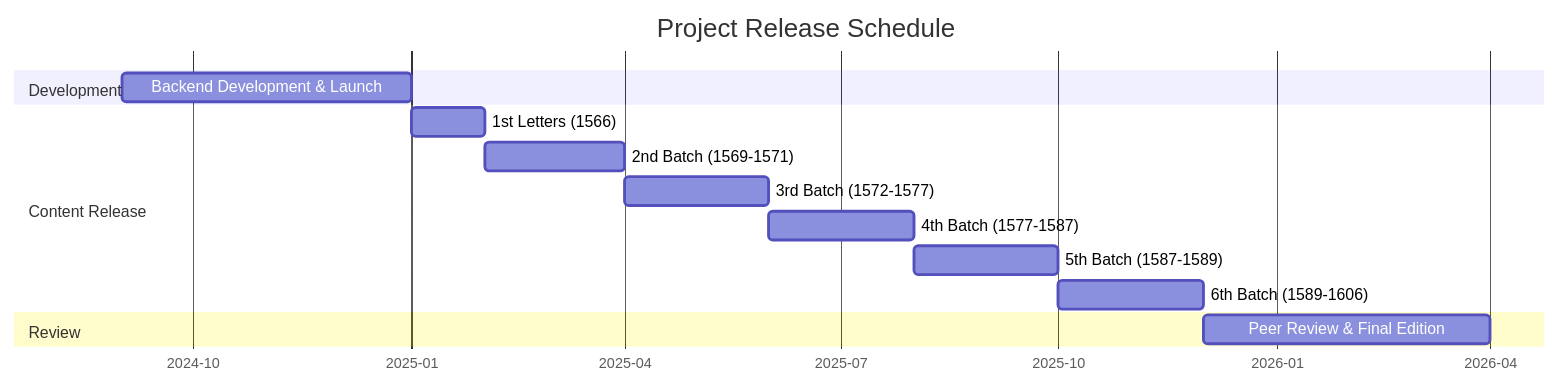
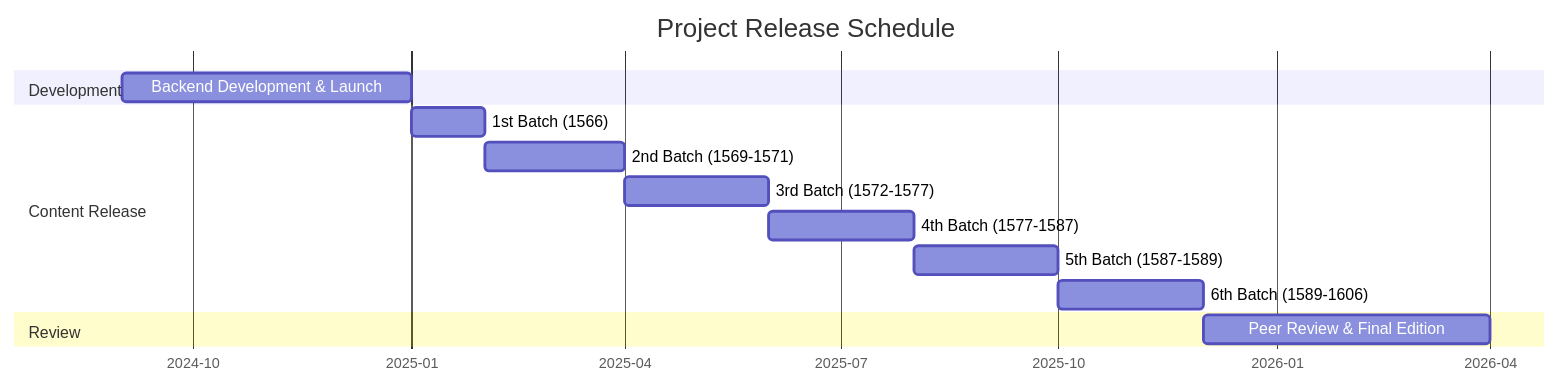
One commit to Pantagrueliste/CavrianaCorr changed the diagram in README.md. Above: the diagram before and after it, drawn with Mermaid.

````diff
--- a/README.md
+++ b/README.md
@@ -29,21 +29,21 @@
 ```mermaid
 gantt
     title Project Release Schedule
     dateFormat YYYY-MM
     axisFormat %Y-%m
     
     section Development
     Backend Development & Launch :2024-09, 2025-01
     
     section Content Release
     
-    1st Letters (1566)         :2025-01, 2025-02
+    1st Batch (1566)         :2025-01, 2025-02
     2nd Batch (1569-1571)     :2025-02, 2025-04
     3rd Batch (1572-1577)      :2025-04, 2025-06
     4th Batch (1577-1587)     :2025-06, 2025-08
     5th Batch (1587-1589)      :2025-08, 2025-10
     6th Batch (1589-1606)      :2025-10, 2025-12
     
     section Review
     Peer Review & Final Edition  :2025-12, 2026-04
 ```
````
